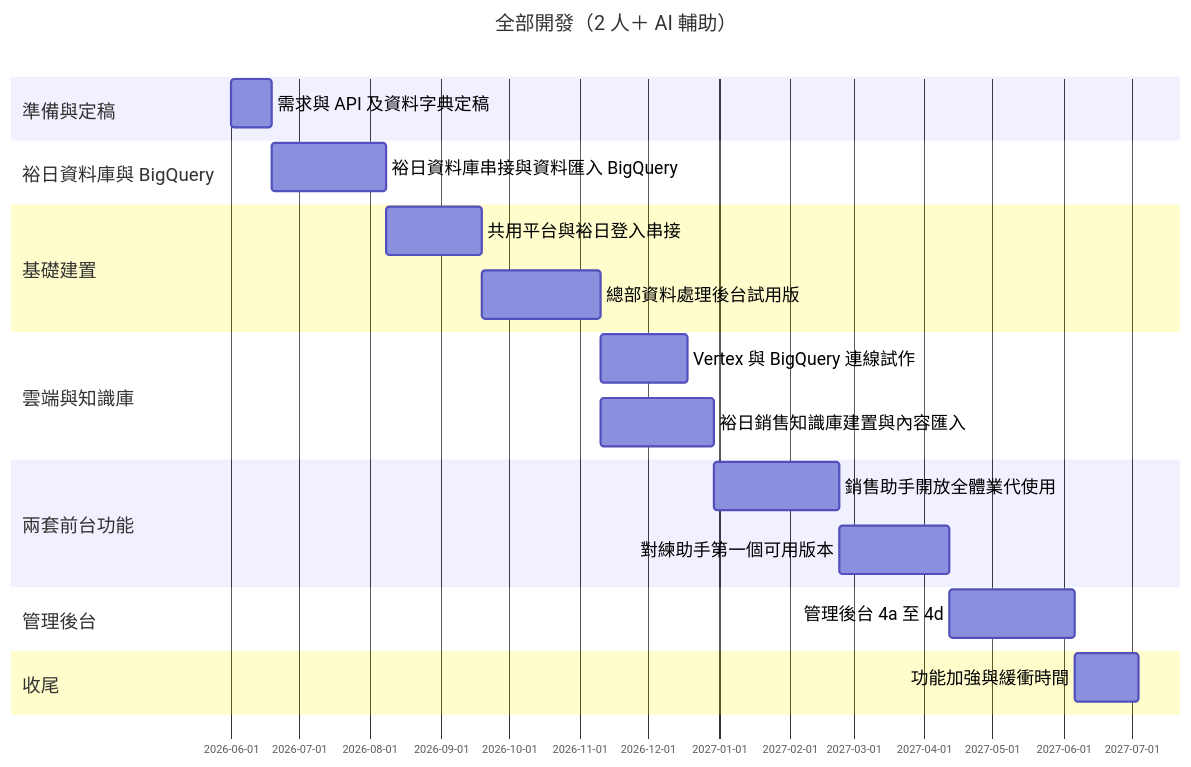
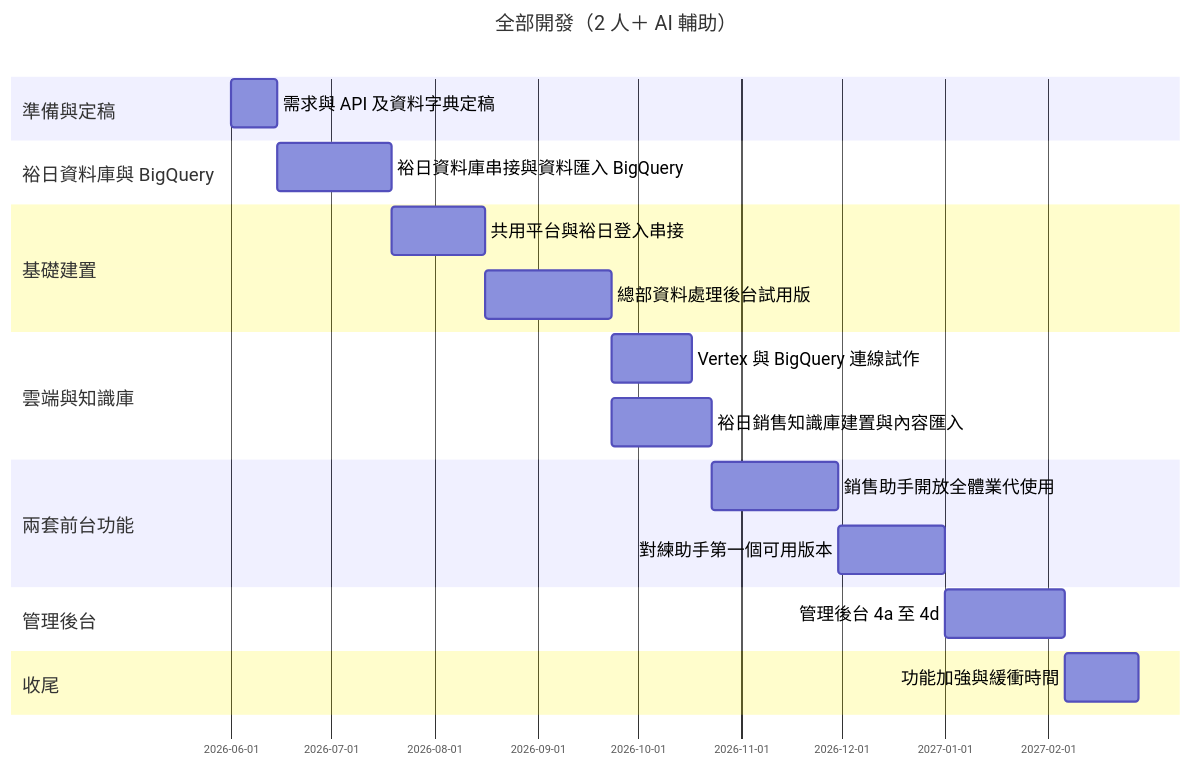
Before and after one commit to humtersiso/YNM_Sales_AI_Coach: the first of 2 diagrams in PROJECT_SCOPE_SALES_TRAINING.md, drawn with Mermaid. The commit also changed other lines of this file, not shown here.

Commit message:
Scope v0.11: 移除共通原則、壓縮甘特至約2027-02與2026-10

````diff
--- a/PROJECT_SCOPE_SALES_TRAINING.md
+++ b/PROJECT_SCOPE_SALES_TRAINING.md
@@ -135,23 +135,23 @@
 ```mermaid
 %%{init: { "gantt": { "barHeight": 44, "barGap": 14, "fontSize": 16, "sectionFontSize": 17, "topPadding": 70, "leftPadding": 200, "gridLineStartPadding": 50 } } }%%
 gantt
 title 全部開發（2 人＋ AI 輔助）
 dateFormat YYYY-MM-DD
 section 準備與定稿
-需求與 API 及資料字典定稿 :p0, 2026-06-01, 18d
+需求與 API 及資料字典定稿 :p0, 2026-06-01, 14d
 section 裕日資料庫與 BigQuery
-裕日資料庫串接與資料匯入 BigQuery :pdb, after p0, 50d
+裕日資料庫串接與資料匯入 BigQuery :pdb, after p0, 34d
 section 基礎建置
-共用平台與裕日登入串接 :p1, after pdb, 42d
-總部資料處理後台試用版 :p1b, after p1, 52d
+共用平台與裕日登入串接 :p1, after pdb, 28d
+總部資料處理後台試用版 :p1b, after p1, 38d
 section 雲端與知識庫
-Vertex 與 BigQuery 連線試作 :p2, after p1b, 38d
-裕日銷售知識庫建置與內容匯入 :pk, after p1b, 50d
+Vertex 與 BigQuery 連線試作 :p2, after p1b, 24d
+裕日銷售知識庫建置與內容匯入 :pk, after p1b, 30d
 section 兩套前台功能
-銷售助手開放全體業代使用 :p3a, after p2 pk, 55d
-對練助手第一個可用版本 :p3b, after p3a, 48d
+銷售助手開放全體業代使用 :p3a, after p2 pk, 38d
+對練助手第一個可用版本 :p3b, after p3a, 32d
 section 管理後台
-管理後台 4a 至 4d :p4, after p3b, 55d
+管理後台 4a 至 4d :p4, after p3b, 36d
 section 收尾
-功能加強與緩衝時間 :p5, after p4, 28d
+功能加強與緩衝時間 :p5, after p4, 22d
 ```
````
